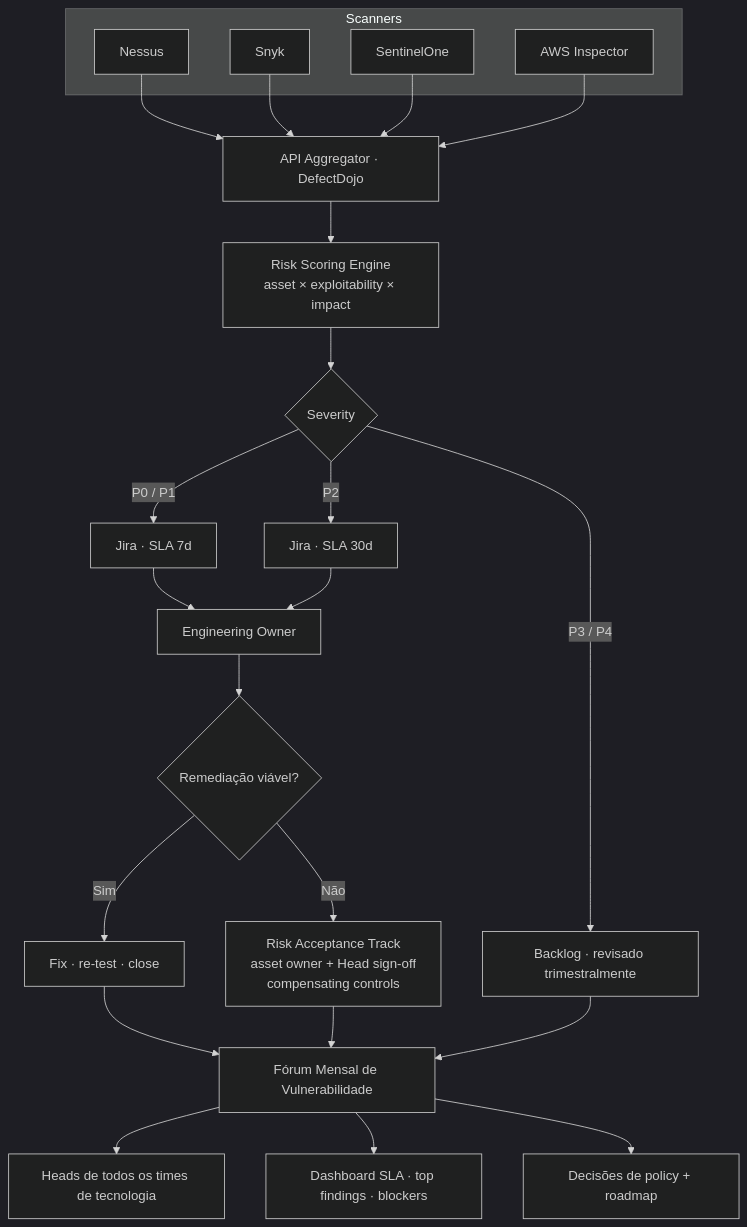
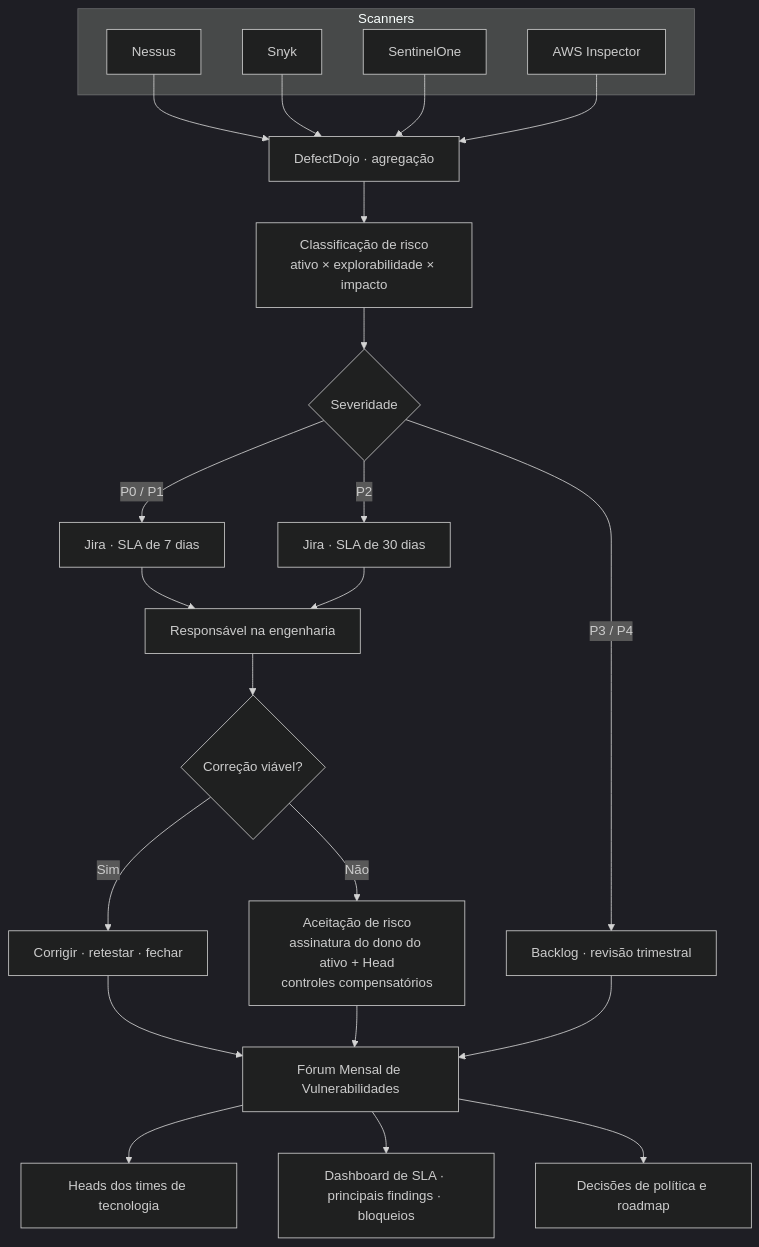
One commit to CHDevSec/portfolio changed the diagram in src/content/projects/pt/enterprise-vuln-mgmt.mdx. Above: the diagram before and after it, drawn with Mermaid (dark theme). The commit also changed other lines of this file and 169 other files, not shown here.

````diff
--- a/src/content/projects/pt/enterprise-vuln-mgmt.mdx
+++ b/src/content/projects/pt/enterprise-vuln-mgmt.mdx
@@ -39,36 +76,36 @@
 ```mermaid
 flowchart TB
     subgraph Scanners
     A1[Nessus]
     A2[Snyk]
     A3[SentinelOne]
     A4[AWS Inspector]
     end
 
-    A1 --> B[API Aggregator · DefectDojo]
+    A1 --> B[DefectDojo · agregação]
     A2 --> B
     A3 --> B
     A4 --> B
 
-    B --> C[Risk Scoring Engine<br/>asset × exploitability × impact]
-    C --> D{Severity}
+    B --> C[Classificação de risco<br/>ativo × explorabilidade × impacto]
+    C --> D{Severidade}
 
-    D -->|P0 / P1| E[Jira · SLA 7d]
-    D -->|P2| F[Jira · SLA 30d]
-    D -->|P3 / P4| G[Backlog · revisado trimestralmente]
+    D -->|P0 / P1| E[Jira · SLA de 7 dias]
+    D -->|P2| F[Jira · SLA de 30 dias]
+    D -->|P3 / P4| G[Backlog · revisão trimestral]
 
-    E --> H[Engineering Owner]
+    E --> H[Responsável na engenharia]
     F --> H
 
-    H --> I{Remediação viável?}
-    I -->|Sim| J[Fix · re-test · close]
-    I -->|Não| K[Risk Acceptance Track<br/>asset owner + Head sign-off<br/>compensating controls]
+    H --> I{Correção viável?}
+    I -->|Sim| J[Corrigir · retestar · fechar]
+    I -->|Não| K[Aceitação de risco<br/>assinatura do dono do ativo + Head<br/>controles compensatórios]
 
-    J --> L[Fórum Mensal de Vulnerabilidade]
+    J --> L[Fórum Mensal de Vulnerabilidades]
     K --> L
     G --> L
 
-    L --> M[Heads de todos os times de tecnologia]
-    L --> N[Dashboard SLA · top findings · blockers]
-    L --> O[Decisões de policy + roadmap]
+    L --> M[Heads dos times de tecnologia]
+    L --> N[Dashboard de SLA · principais findings · bloqueios]
+    L --> O[Decisões de política e roadmap]
 ```
````
